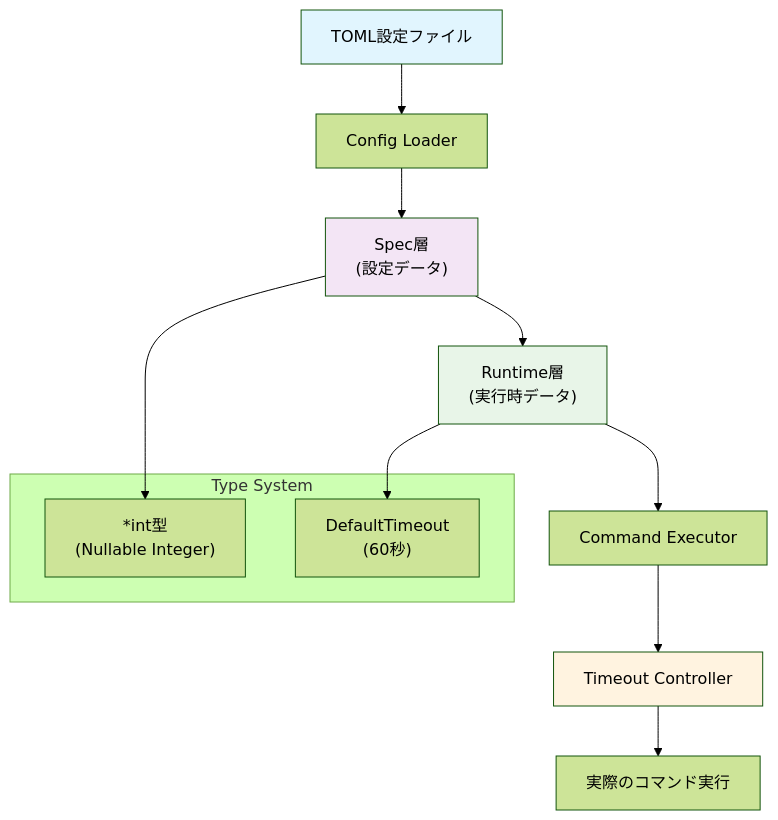
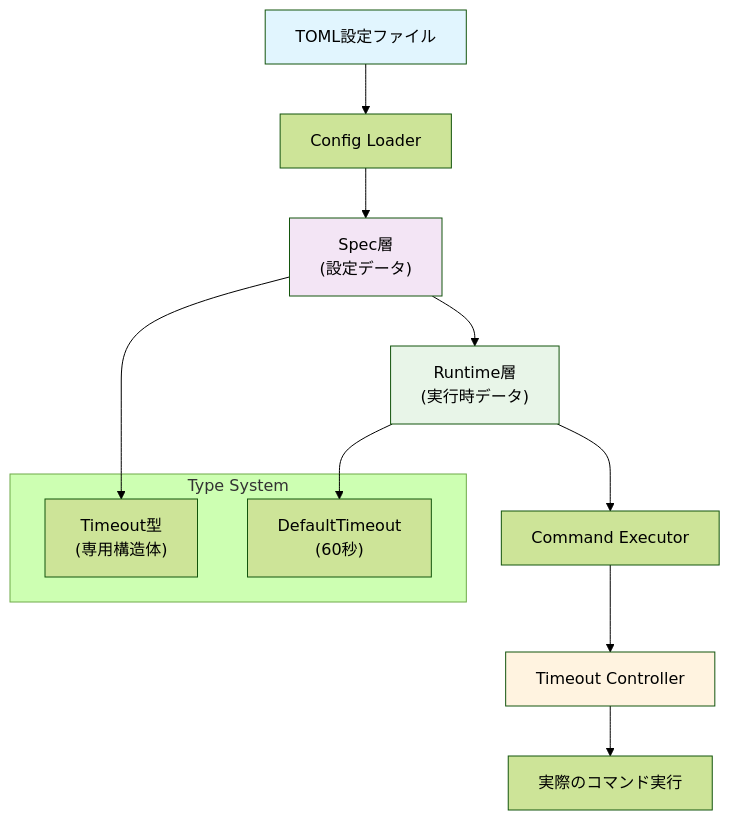
One commit to isseis/go-safe-cmd-runner changed the first of 8 diagrams in docs/tasks/0043_timeout_specification_refinement/02_architecture.md. Above: the diagram before and after it, drawn with Mermaid (forest theme). The commit also changed other lines of this file and 2 other files, not shown here.

````diff
--- a/docs/tasks/0043_timeout_specification_refinement/02_architecture.md
+++ b/docs/tasks/0043_timeout_specification_refinement/02_architecture.md
@@ -25,22 +25,22 @@
 ```mermaid
 graph TB
     A["TOML設定ファイル"] --> B["Config Loader"]
     B --> C["Spec層<br>(設定データ)"]
     C --> D["Runtime層<br>(実行時データ)"]
     D --> E["Command Executor"]
     E --> F["Timeout Controller"]
 
     subgraph "Type System"
-        G["*int型<br>(Nullable Integer)"]
+        G["Timeout型<br>(専用構造体)"]
         H["DefaultTimeout<br>(60秒)"]
     end
 
     C --> G
     D --> H
     F --> I["実際のコマンド実行"]
 
     style A fill:#e1f5fe
     style C fill:#f3e5f5
     style D fill:#e8f5e8
     style F fill:#fff3e0
 ```
````
